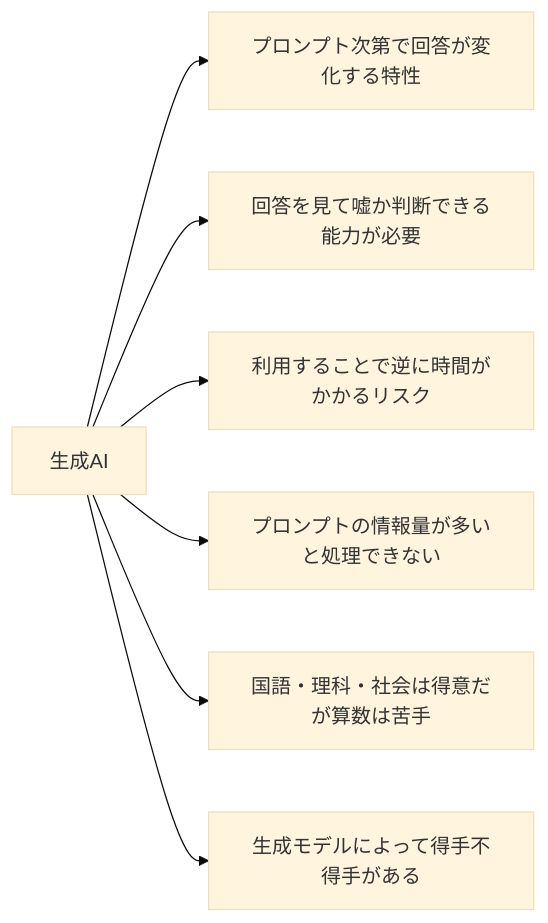
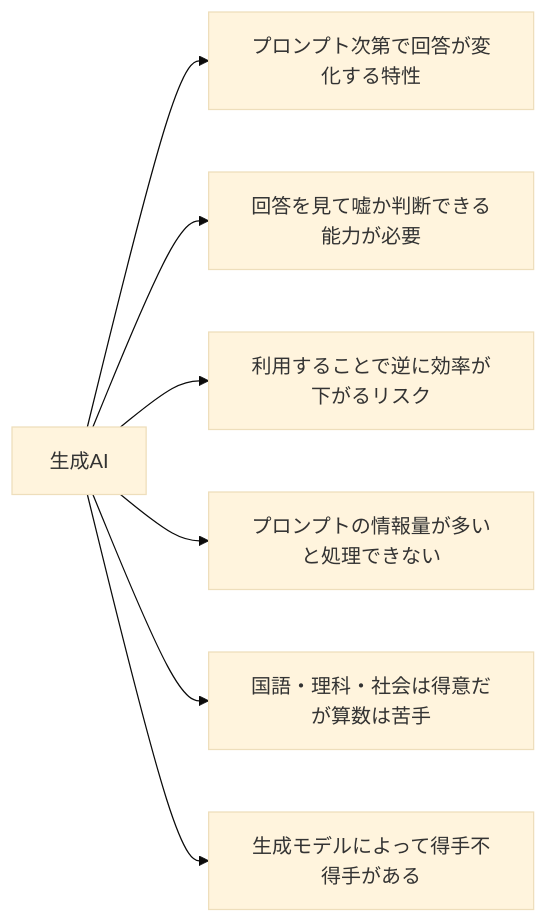
Before and after one commit to SparklingDetergent/doc_genai_Using_Generative_AI_with_Mac_Mini_-Introduction-: the fourth of 14 diagrams in README.md, drawn with Mermaid (base theme).

````diff
--- a/README.md
+++ b/README.md
@@ -77,9 +77,9 @@
 ```mermaid
 graph LR
     A[生成AI] --> F[プロンプト次第で回答が変化する特性]
     A --> G[回答を見て嘘か判断できる能力が必要]
-    A --> B[利用することで逆に時間がかかるリスク]
+    A --> B[利用することで逆に効率が下がるリスク]
     A --> E[プロンプトの情報量が多いと処理できない]
     A --> C[国語・理科・社会は得意だが算数は苦手]
     A --> D[生成モデルによって得手不得手がある]
 ```
````
